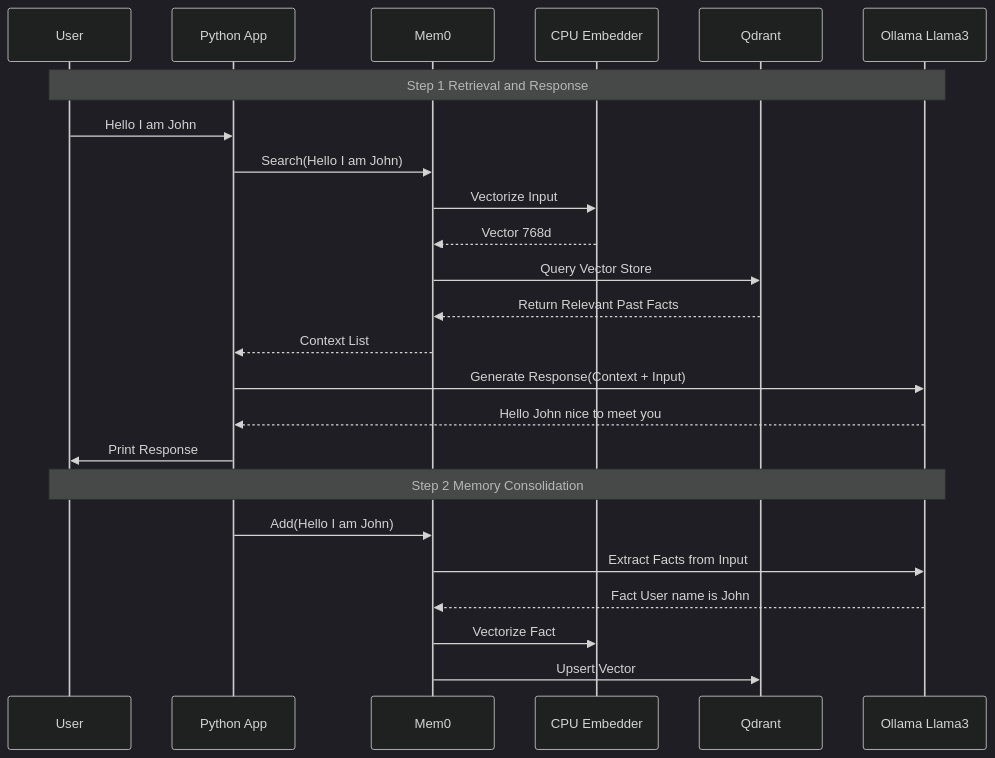
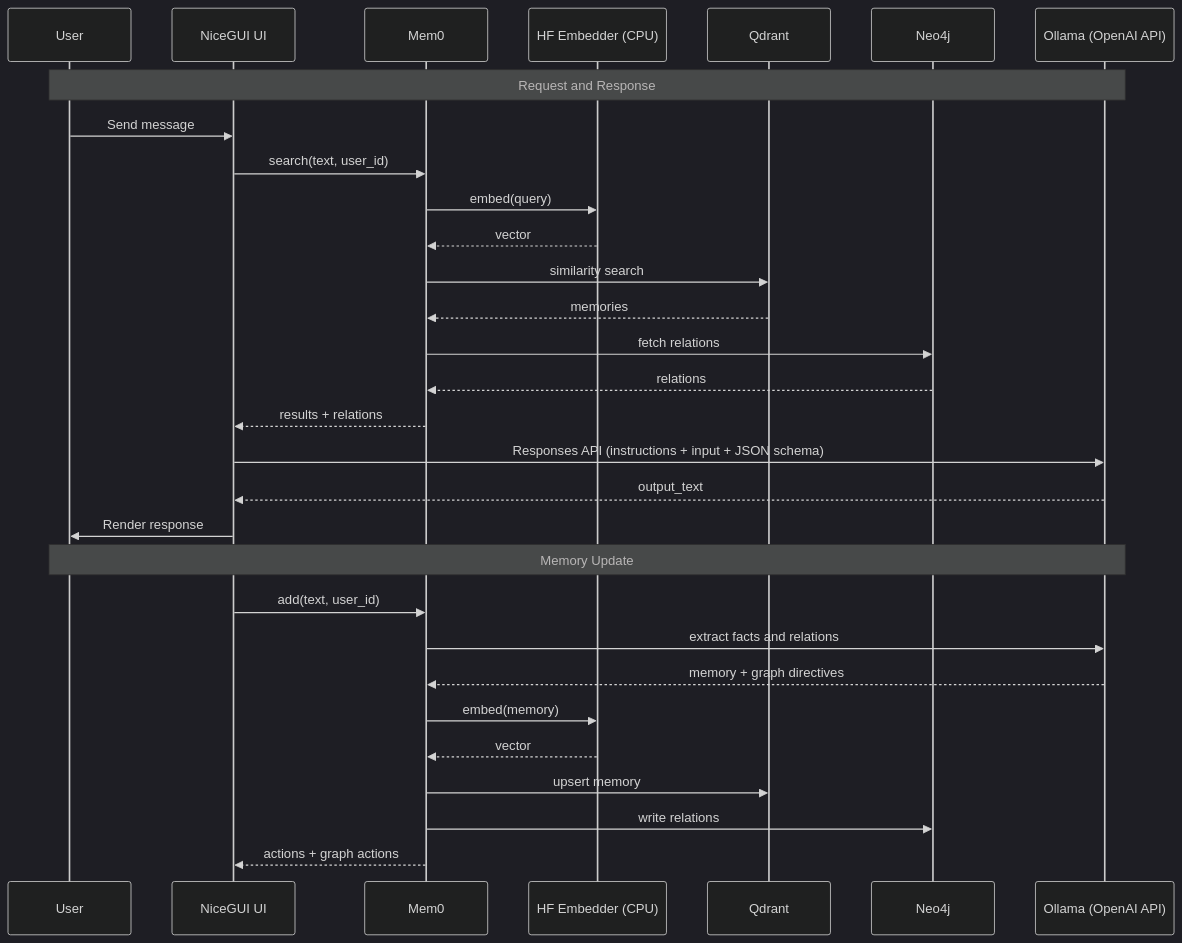
The diagram in sequence.mmd (MaartenSmeets/mem0_demo), drawn with Mermaid (dark theme) before and after one commit. The commit also changed 11 other files, not shown here.

First line of the commit message:
feat: Implement chat functionality with memory and AI response integration

```diff
--- a/sequence.mmd
+++ b/sequence.mmd
@@ -1,27 +1,33 @@
 sequenceDiagram
     participant User
-    participant App as Python App
+    participant UI as NiceGUI UI
     participant Mem0
-    participant CPU as CPU Embedder
+    participant Embedder as HF Embedder (CPU)
     participant Qdrant
-    participant Ollama as Ollama Llama3
+    participant Neo4j
+    participant Ollama as Ollama (OpenAI API)
 
-    Note over User, Ollama: Step 1 Retrieval and Response
-    User->>App: Hello I am John
-    App->>Mem0: Search(Hello I am John)
-    Mem0->>CPU: Vectorize Input
-    CPU-->>Mem0: Vector 768d
-    Mem0->>Qdrant: Query Vector Store
-    Qdrant-->>Mem0: Return Relevant Past Facts
-    Mem0-->>App: Context List
-    
-    App->>Ollama: Generate Response(Context + Input)
-    Ollama-->>App: Hello John nice to meet you
-    App->>User: Print Response
+    Note over User,Ollama: Request and Response
+    User->>UI: Send message
+    UI->>Mem0: search(text, user_id)
+    Mem0->>Embedder: embed(query)
+    Embedder-->>Mem0: vector
+    Mem0->>Qdrant: similarity search
+    Qdrant-->>Mem0: memories
+    Mem0->>Neo4j: fetch relations
+    Neo4j-->>Mem0: relations
+    Mem0-->>UI: results + relations
 
-    Note over User, Ollama: Step 2 Memory Consolidation
-    App->>Mem0: Add(Hello I am John)
-    Mem0->>Ollama: Extract Facts from Input
-    Ollama-->>Mem0: Fact User name is John
-    Mem0->>CPU: Vectorize Fact
-    Mem0->>Qdrant: Upsert Vector
+    UI->>Ollama: Responses API (instructions + input + JSON schema)
+    Ollama-->>UI: output_text
+    UI->>User: Render response
+
+    Note over User,Ollama: Memory Update
+    UI->>Mem0: add(text, user_id)
+    Mem0->>Ollama: extract facts and relations
+    Ollama-->>Mem0: memory + graph directives
+    Mem0->>Embedder: embed(memory)
+    Embedder-->>Mem0: vector
+    Mem0->>Qdrant: upsert memory
+    Mem0->>Neo4j: write relations
+    Mem0-->>UI: actions + graph actions
```
